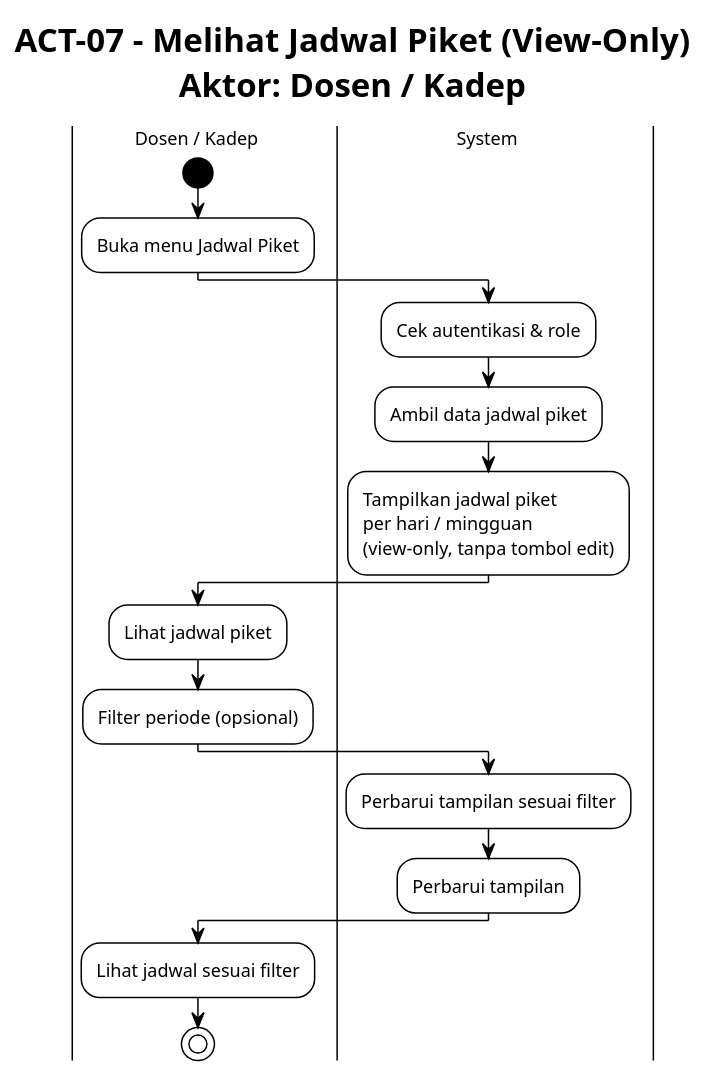
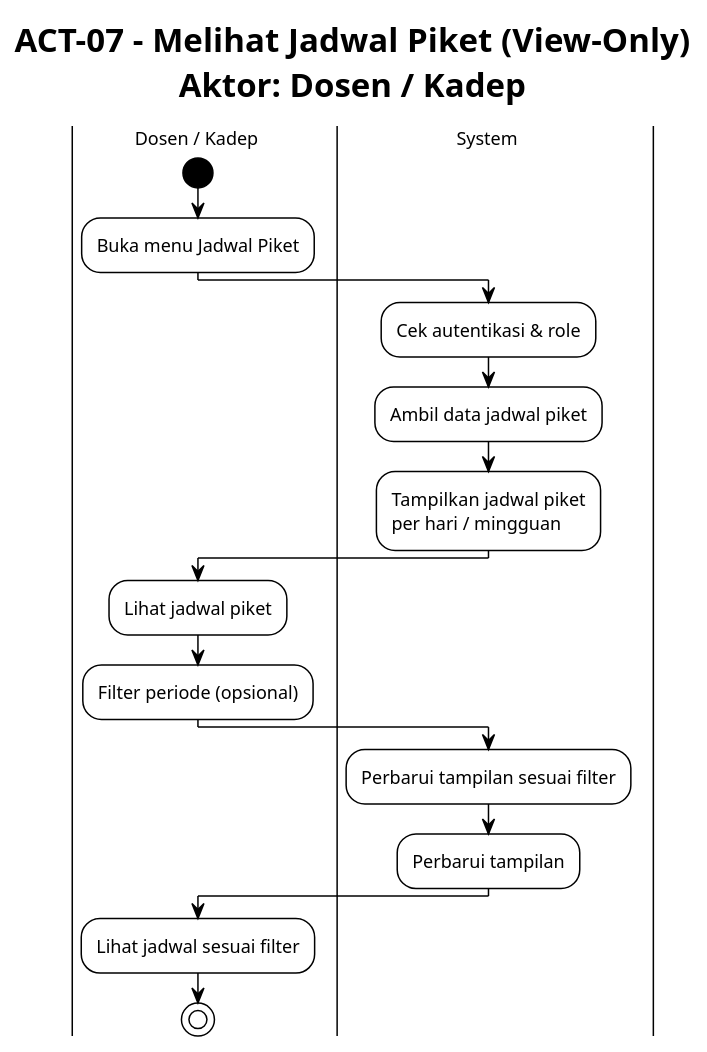
The diagram in docs/piket/activity/ACT_07_MELIHAT_JADWAL_PIKET.puml (Habiboys/SILAB-DSI), drawn with PlantUML before and after one commit. The commit also changed 170 other files, not shown here.

```diff
--- a/docs/piket/activity/ACT_07_MELIHAT_JADWAL_PIKET.puml
+++ b/docs/piket/activity/ACT_07_MELIHAT_JADWAL_PIKET.puml
@@ -1,37 +1,37 @@
 @startuml ACT_07_MELIHAT_JADWAL_PIKET
 !theme plain
 !pragma useVerticalIf on
 scale max 1600 width
 skinparam wrapWidth 200
 
 skinparam defaultFontSize 12
 skinparam swimlaneWidth 220
 skinparam ActivityStartColor black
 skinparam ActivityEndColor black
 title ACT-07 - Melihat Jadwal Piket (View-Only)\nAktor: Dosen / Kadep
 
 |Dosen / Kadep|
 |System|
 
 |Dosen / Kadep|
 start
 :Buka menu Jadwal Piket;
 
 |System|
 :Cek autentikasi & role;
 :Ambil data jadwal piket;
-:Tampilkan jadwal piket\nper hari / mingguan\n(view-only, tanpa tombol edit);
+:Tampilkan jadwal piket\nper hari / mingguan;
 
 |Dosen / Kadep|
 :Lihat jadwal piket;
 :Filter periode (opsional);
 
 |System|
 :Perbarui tampilan sesuai filter;
 :Perbarui tampilan;
 
 |Dosen / Kadep|
 :Lihat jadwal sesuai filter;
 
 stop
 @enduml
```
